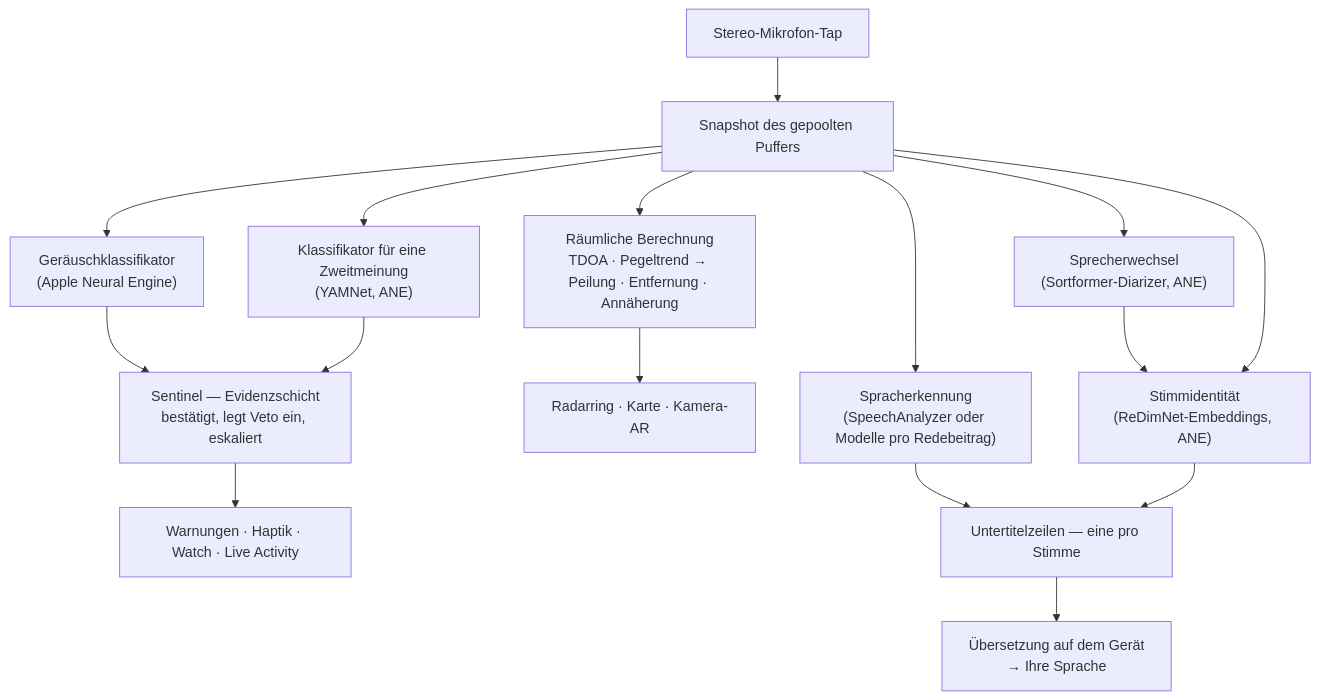
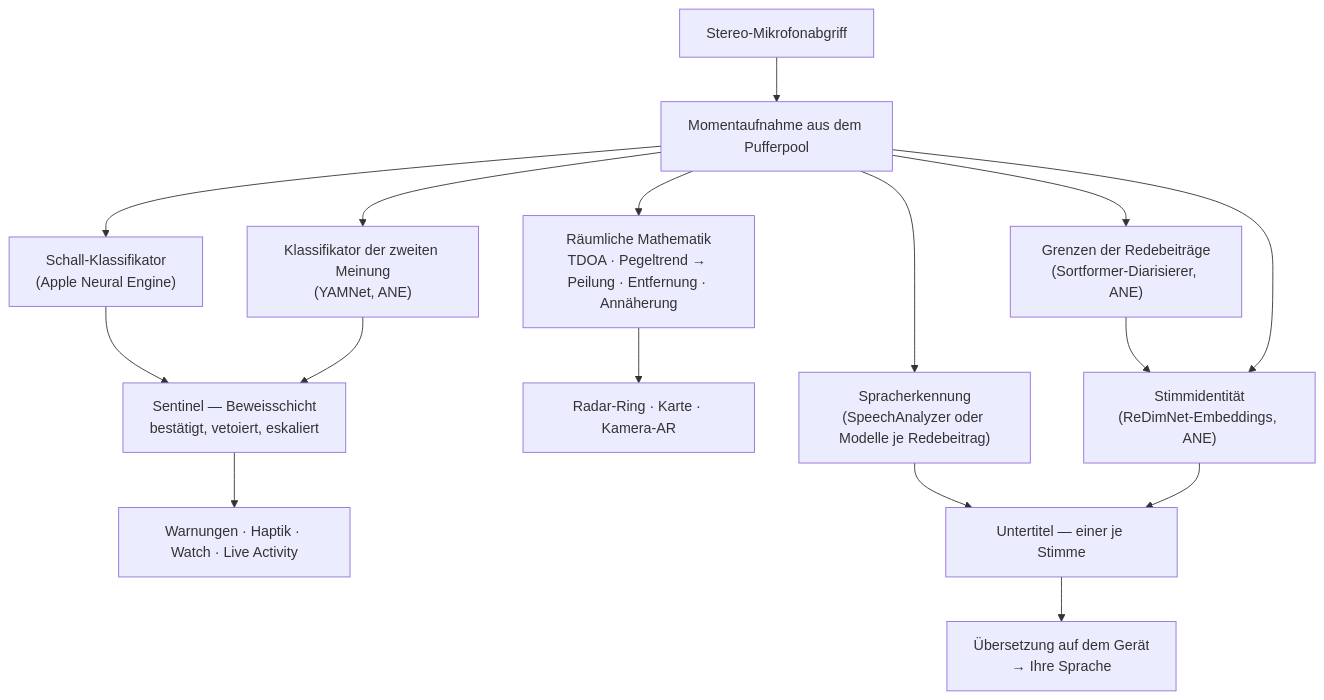
The second of 4 diagrams in README_de.md (rpalm01-star/VigilantEarLegal), drawn with Mermaid before and after one commit. The commit also changed other lines of this file and 14 other files, not shown here.

````diff
--- a/README_de.md
+++ b/README_de.md
@@ -145,18 +164,18 @@
 ```mermaid
 graph TD
-    A["Stereo-Mikrofon-Tap"] --> B["Snapshot des gepoolten Puffers"]
-    B --> C["Geräuschklassifikator<br/>(Apple Neural Engine)"]
-    B --> Y["Klassifikator für eine Zweitmeinung<br/>(YAMNet, ANE)"]
-    C --> S["Sentinel — Evidenzschicht<br/>bestätigt, legt Veto ein, eskaliert"]
+    A["Stereo-Mikrofonabgriff"] --> B["Momentaufnahme aus dem Pufferpool"]
+    B --> C["Schall-Klassifikator<br/>(Apple Neural Engine)"]
+    B --> Y["Klassifikator der zweiten Meinung<br/>(YAMNet, ANE)"]
+    C --> S["Sentinel — Beweisschicht<br/>bestätigt, vetoiert, eskaliert"]
     Y --> S
     S --> H["Warnungen · Haptik · Watch · Live Activity"]
-    B --> D["Räumliche Berechnung<br/>TDOA · Pegeltrend → Peilung · Entfernung · Annäherung"]
-    D --> R["Radarring · Karte · Kamera-AR"]
-    B --> F["Spracherkennung<br/>(SpeechAnalyzer oder Modelle pro Redebeitrag)"]
-    B --> N["Sprecherwechsel<br/>(Sortformer-Diarizer, ANE)"]
+    B --> D["Räumliche Mathematik<br/>TDOA · Pegeltrend → Peilung · Entfernung · Annäherung"]
+    D --> R["Radar-Ring · Karte · Kamera-AR"]
+    B --> F["Spracherkennung<br/>(SpeechAnalyzer oder Modelle je Redebeitrag)"]
+    B --> N["Grenzen der Redebeiträge<br/>(Sortformer-Diarisierer, ANE)"]
     N --> E["Stimmidentität<br/>(ReDimNet-Embeddings, ANE)"]
     B --> E
-    F --> G["Untertitelzeilen — eine pro Stimme"]
+    F --> G["Untertitel — einer je Stimme"]
     E --> G
     G --> T["Übersetzung auf dem Gerät<br/>→ Ihre Sprache"]
 ```
````
